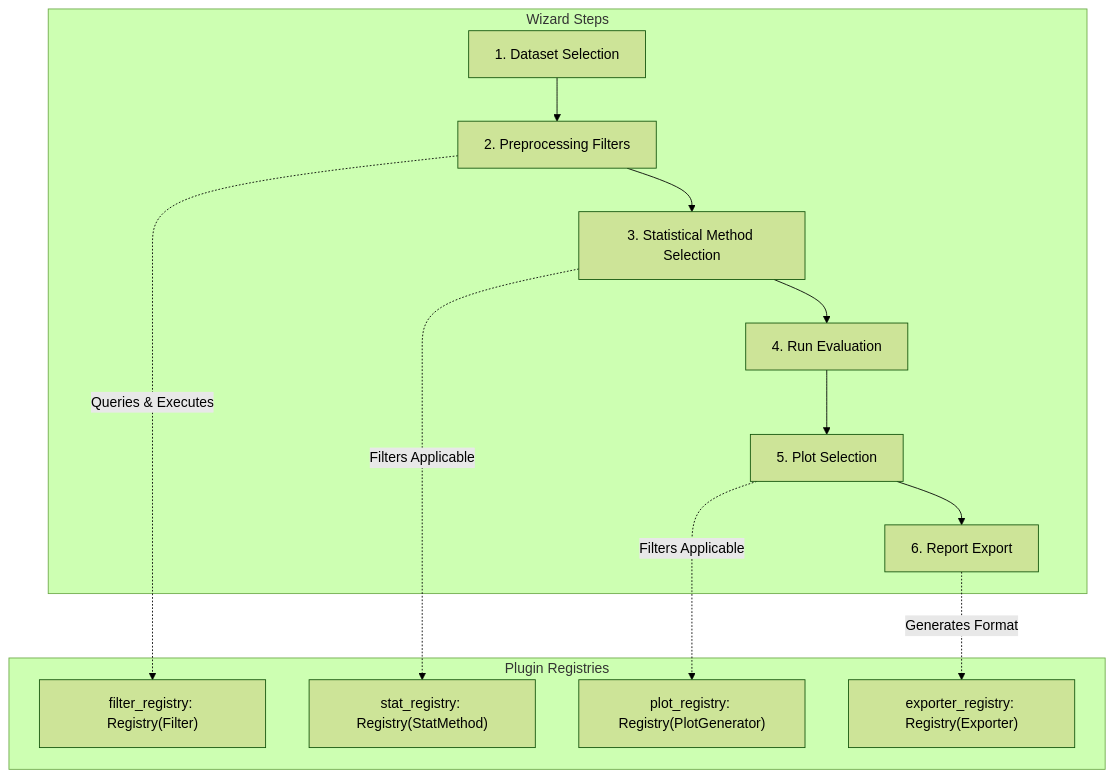
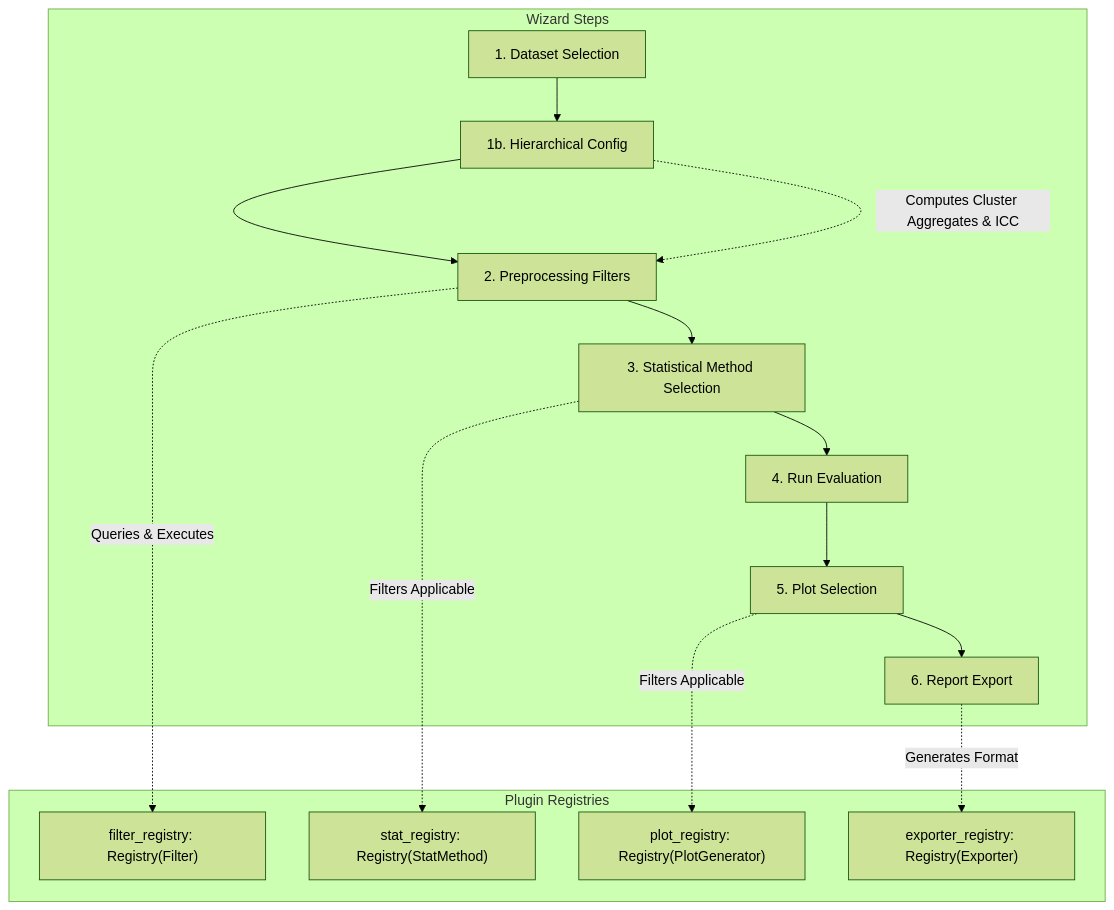
Before and after one commit to Kugeleis/expyri: the diagram in README.md, drawn with Mermaid (forest theme). The commit also changed other lines of this file, not shown here.

First line of the commit message:
docs: update README with hierarchical configuration details

````diff
--- a/README.md
+++ b/README.md
@@ -18,22 +18,24 @@
 ```mermaid
 graph TD
     subgraph Registries [Plugin Registries]
         FR["filter_registry: Registry(Filter)"]
         SR["stat_registry: Registry(StatMethod)"]
         PR["plot_registry: Registry(PlotGenerator)"]
         ER["exporter_registry: Registry(Exporter)"]
     end
 
     subgraph Flow [Wizard Steps]
-        S1["1. Dataset Selection"] --> S2["2. Preprocessing Filters"]
+        S1["1. Dataset Selection"] --> S1b["1b. Hierarchical Config"]
+        S1b --> S2["2. Preprocessing Filters"]
         S2 --> S3["3. Statistical Method Selection"]
         S3 --> S4["4. Run Evaluation"]
         S4 --> S5["5. Plot Selection"]
         S5 --> S6["6. Report Export"]
     end
 
+    S1b -.->|Computes Cluster Aggregates & ICC| S2
     S2 -.->|Queries & Executes| FR
     S3 -.->|Filters Applicable| SR
     S5 -.->|Filters Applicable| PR
     S6 -.->|Generates Format| ER
 ```
````
